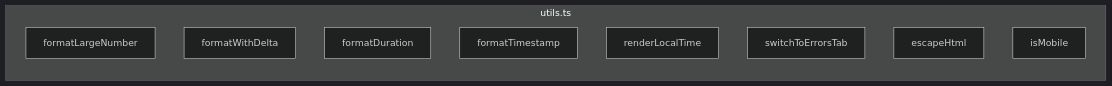
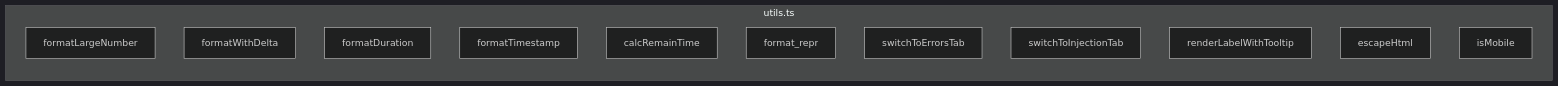
The diagram in docs/zh-CN/src/web/static/ts/utils.md (Mr-xiaotian/CelestialFlow), drawn with Mermaid (dark theme) before and after one commit. The commit also changed other lines of this file and 94 other files, not shown here.

````diff
--- a/docs/zh-CN/src/web/static/ts/utils.md
+++ b/docs/zh-CN/src/web/static/ts/utils.md
@@ -66,13 +75,16 @@
 ```mermaid
 flowchart LR
     subgraph utils.ts
         A[formatLargeNumber]
         B[formatWithDelta]
         C[formatDuration]
         D[formatTimestamp]
-        E[renderLocalTime]
-        F[switchToErrorsTab]
-        G[escapeHtml]
-        H[isMobile]
+        E[calcRemainTime]
+        F[format_repr]
+        G[switchToErrorsTab]
+        H[switchToInjectionTab]
+        I[renderLabelWithTooltip]
+        J[escapeHtml]
+        K[isMobile]
     end
 ```
````
